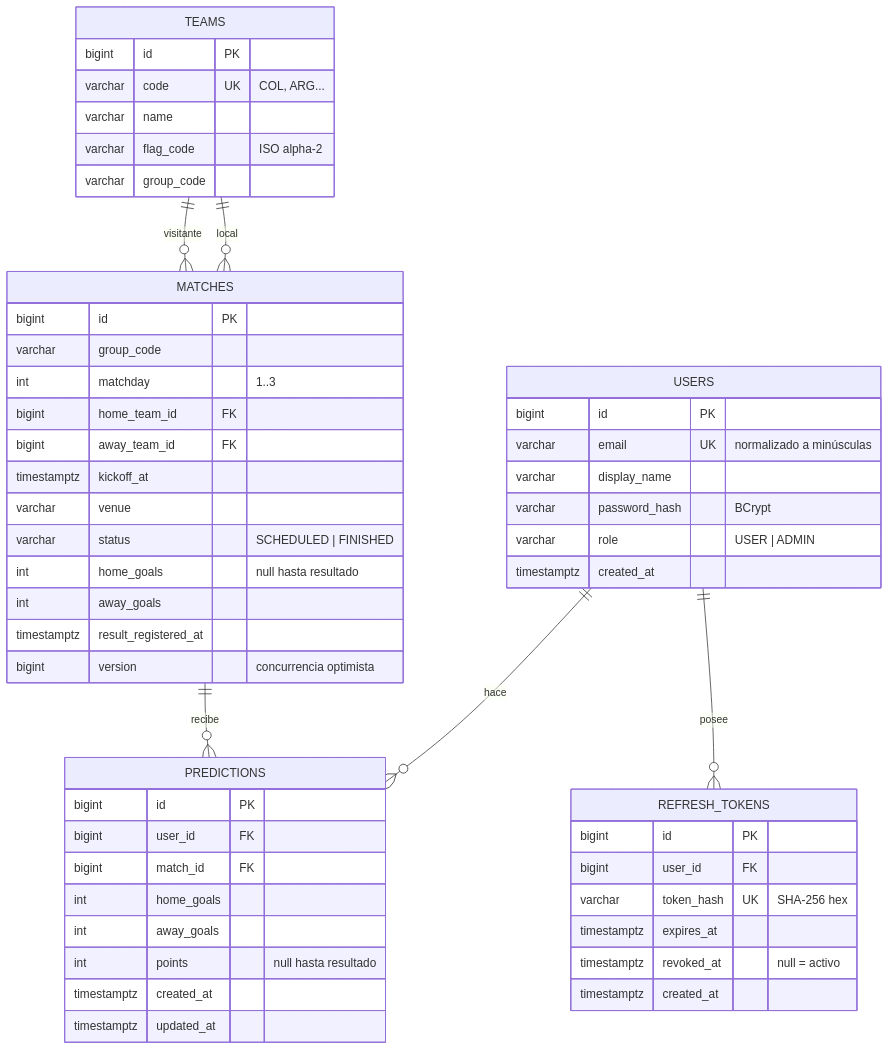
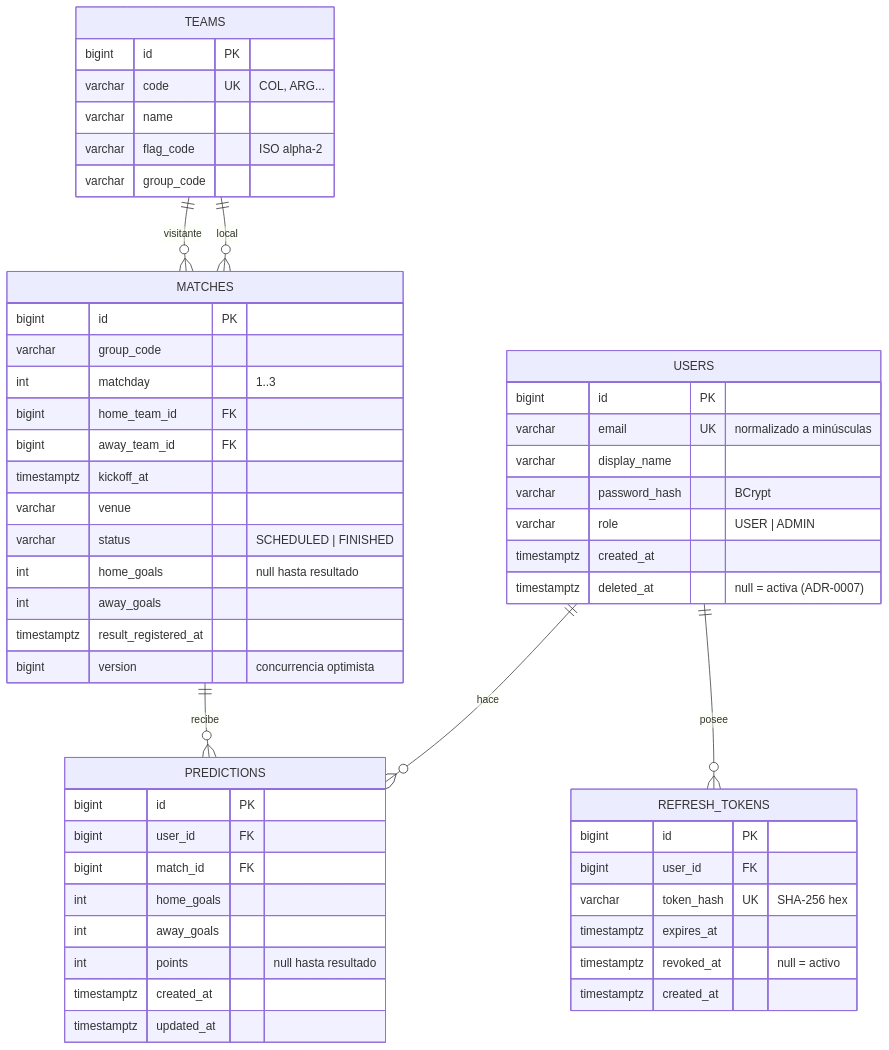
One commit to leiberbertel/Prueba-t-cnica-AI-First-Full-Stack-Developer-Bizagi changed the diagram in specs/database.md. Above: the diagram before and after it, drawn with Mermaid. The commit also changed other lines of this file and 5 other files, not shown here.

````diff
--- a/specs/database.md
+++ b/specs/database.md
@@ -6,56 +6,57 @@
 ```mermaid
 erDiagram
     USERS ||--o{ PREDICTIONS : hace
     USERS ||--o{ REFRESH_TOKENS : posee
     TEAMS ||--o{ MATCHES : "local"
     TEAMS ||--o{ MATCHES : "visitante"
     MATCHES ||--o{ PREDICTIONS : recibe
 
     USERS {
         bigint id PK
         varchar email UK "normalizado a minúsculas"
         varchar display_name
         varchar password_hash "BCrypt"
         varchar role "USER | ADMIN"
         timestamptz created_at
+        timestamptz deleted_at "null = activa (ADR-0007)"
     }
     REFRESH_TOKENS {
         bigint id PK
         bigint user_id FK
         varchar token_hash UK "SHA-256 hex"
         timestamptz expires_at
         timestamptz revoked_at "null = activo"
         timestamptz created_at
     }
     TEAMS {
         bigint id PK
         varchar code UK "COL, ARG..."
         varchar name
         varchar flag_code "ISO alpha-2"
         varchar group_code
     }
     MATCHES {
         bigint id PK
         varchar group_code
         int matchday "1..3"
         bigint home_team_id FK
         bigint away_team_id FK
         timestamptz kickoff_at
         varchar venue
         varchar status "SCHEDULED | FINISHED"
         int home_goals "null hasta resultado"
         int away_goals
         timestamptz result_registered_at
         bigint version "concurrencia optimista"
     }
     PREDICTIONS {
         bigint id PK
         bigint user_id FK
         bigint match_id FK
         int home_goals
         int away_goals
         int points "null hasta resultado"
         timestamptz created_at
         timestamptz updated_at
     }
 ```
````
